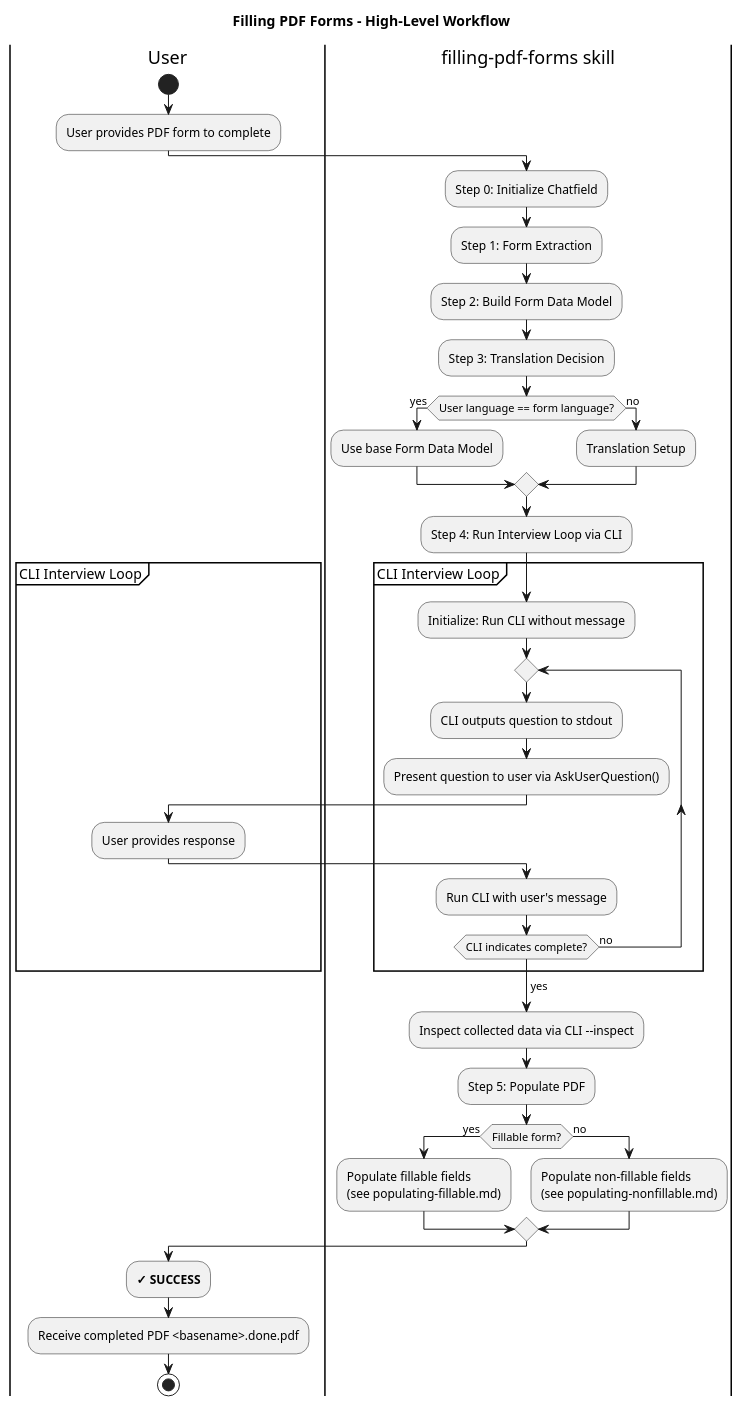
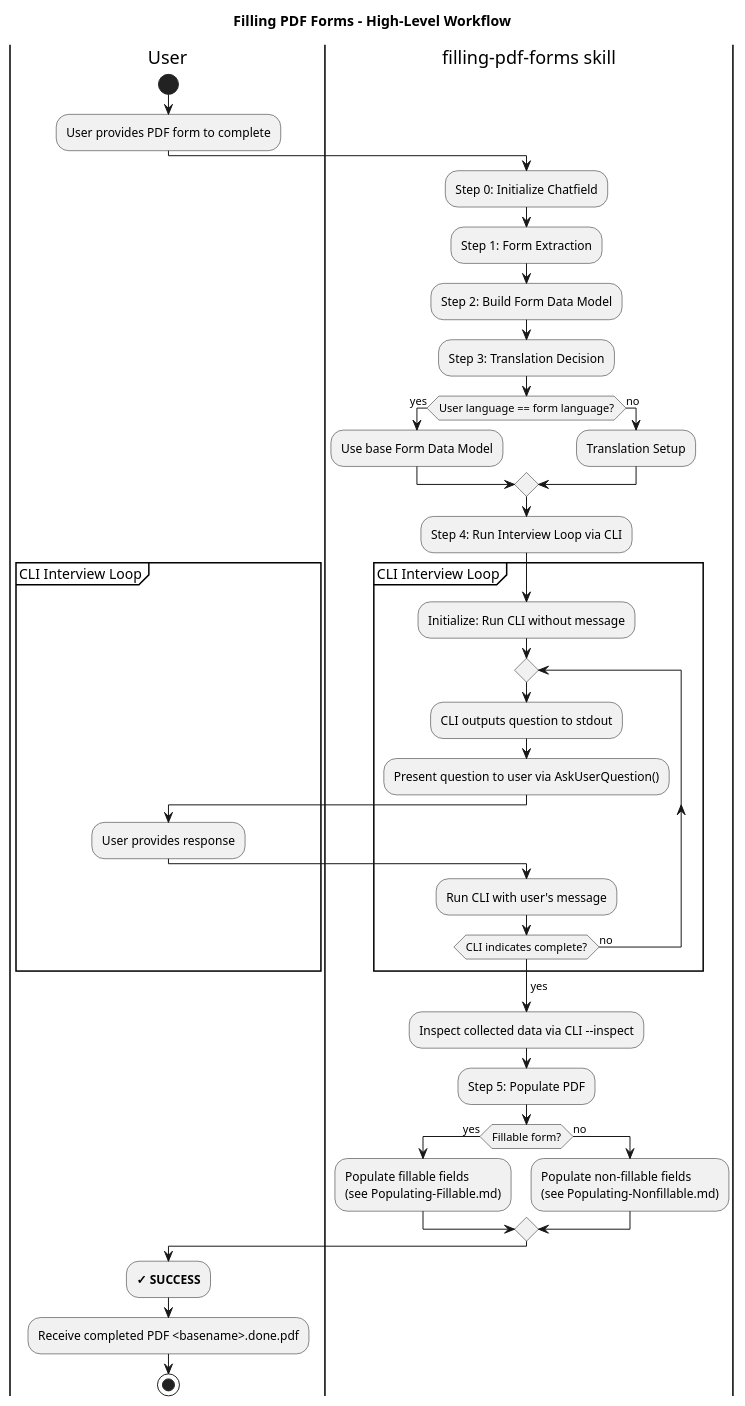
Before and after one commit to jhs/Chatfield: the diagram in Claude/filling-pdf-forms/skills/filling-pdf-forms/SKILL.md, drawn with PlantUML. The commit also changed other lines of this file and 11 other files, not shown here.

````diff
--- a/Claude/filling-pdf-forms/skills/filling-pdf-forms/SKILL.md
+++ b/Claude/filling-pdf-forms/skills/filling-pdf-forms/SKILL.md
@@ -19,44 +19,44 @@
 ```plantuml
 @startuml SKILL
 title Filling PDF Forms - High-Level Workflow
 |User|
 start
 :User provides PDF form to complete;
 |filling-pdf-forms skill|
 :Step 0: Initialize Chatfield;
 :Step 1: Form Extraction;
 :Step 2: Build Form Data Model;
 :Step 3: Translation Decision;
 if (User language == form language?) then (yes)
   :Use base Form Data Model;
 else (no)
   :Translation Setup;
 endif
 :Step 4: Run Interview Loop via CLI;
 partition "CLI Interview Loop" {
   :Initialize: Run CLI without message;
   repeat
     :CLI outputs question to stdout;
     :Present question to user via AskUserQuestion();
     |User|
     :User provides response;
     |filling-pdf-forms skill|
     :Run CLI with user's message;
   repeat while (CLI indicates complete?) is (no)
   ->yes;
 }
 :Inspect collected data via CLI --inspect;
 :Step 5: Populate PDF;
 if (Fillable form?) then (yes)
   :Populate fillable fields
-  (see populating-fillable.md);
+  (see Populating-Fillable.md);
 else (no)
   :Populate non-fillable fields
-  (see populating-nonfillable.md);
+  (see Populating-Nonfillable.md);
 endif
 |User|
 :**✓ SUCCESS**;
 :Receive completed PDF <basename>.done.pdf;
 stop
 @enduml
 ```
````
